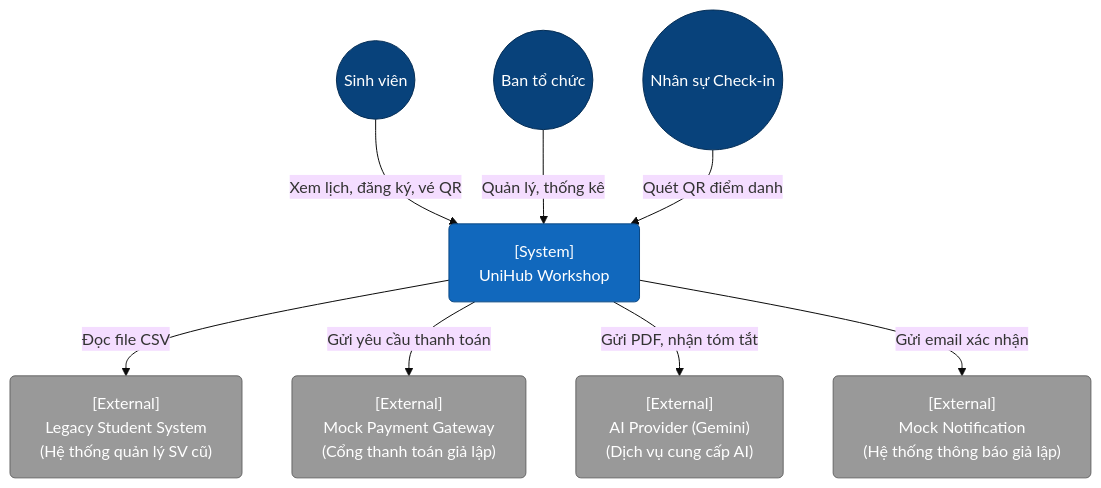
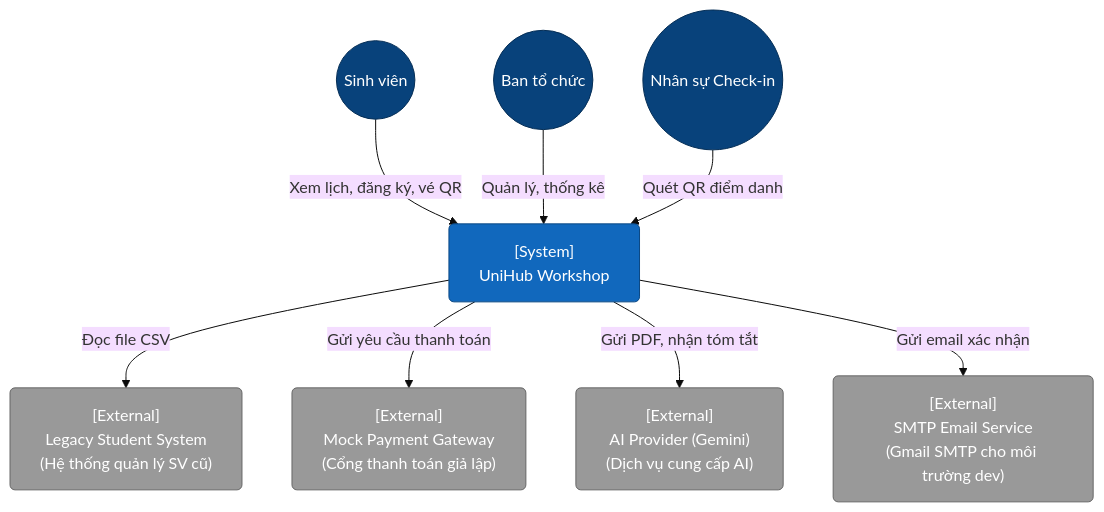
One commit to Pipi1225/Unihub-Workshop-23127052-23127125 changed the first of 3 diagrams in blueprint/design.md. Above: the diagram before and after it, drawn with Mermaid (base theme). The commit also changed other lines of this file and 8 other files, not shown here.

````diff
--- a/blueprint/design.md
+++ b/blueprint/design.md
@@ -14,31 +14,31 @@
 ```mermaid
 graph TD
     %% Định nghĩa các Style
     classDef core fill:#1168bd,stroke:#0b4884,color:#ffffff,rx:5px,ry:5px;
     classDef external fill:#999999,stroke:#666666,color:#ffffff,rx:5px,ry:5px;
     classDef actor fill:#08427b,stroke:#052e56,color:#ffffff;
 
     %% Khai báo Actors
     Student(("Sinh viên")):::actor
     Organizer(("Ban tổ chức")):::actor
     Staff(("Nhân sự Check-in")):::actor
 
     %% Khai báo Hệ thống
     UniHub["[System]<br/>UniHub Workshop"]:::core
 
     %% Khai báo Các hệ thống bên ngoài (Đã thêm tiếng Việt)
     LegacySys["[External]<br/>Legacy Student System<br/>(Hệ thống quản lý SV cũ)"]:::external
     Payment["[External]<br/>Mock Payment Gateway<br/>(Cổng thanh toán giả lập)"]:::external
     AI["[External]<br/>AI Provider (Gemini)<br/>(Dịch vụ cung cấp AI)"]:::external
-    Notify["[External]<br/>Mock Notification<br/>(Hệ thống thông báo giả lập)"]:::external
+    Notify["[External]<br/>SMTP Email Service<br/>(Gmail SMTP cho môi trường dev)"]:::external
 
     %% Kết nối
     Student -->|Xem lịch, đăng ký, vé QR| UniHub
     Organizer -->|Quản lý, thống kê| UniHub
     Staff -->|Quét QR điểm danh| UniHub
 
     UniHub -->|Đọc file CSV| LegacySys
     UniHub -->|Gửi yêu cầu thanh toán| Payment
     UniHub -->|Gửi PDF, nhận tóm tắt| AI
     UniHub -->|Gửi email xác nhận| Notify
 ```
````
